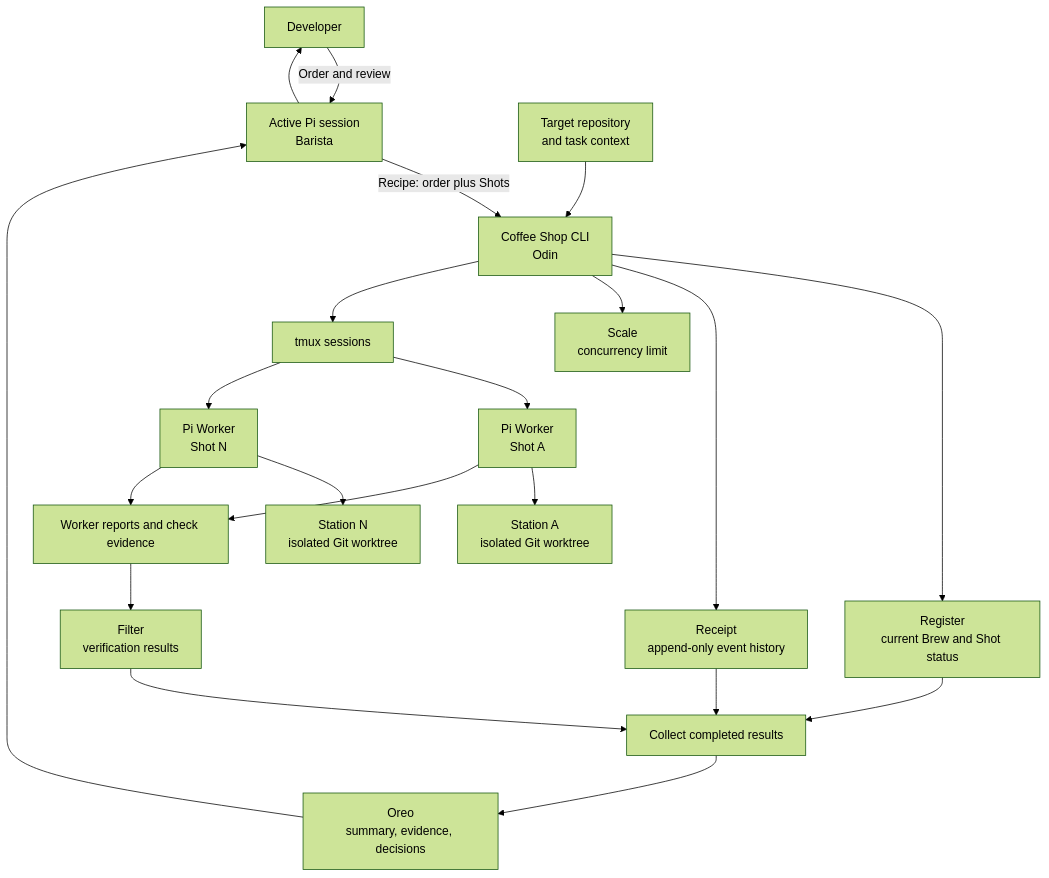
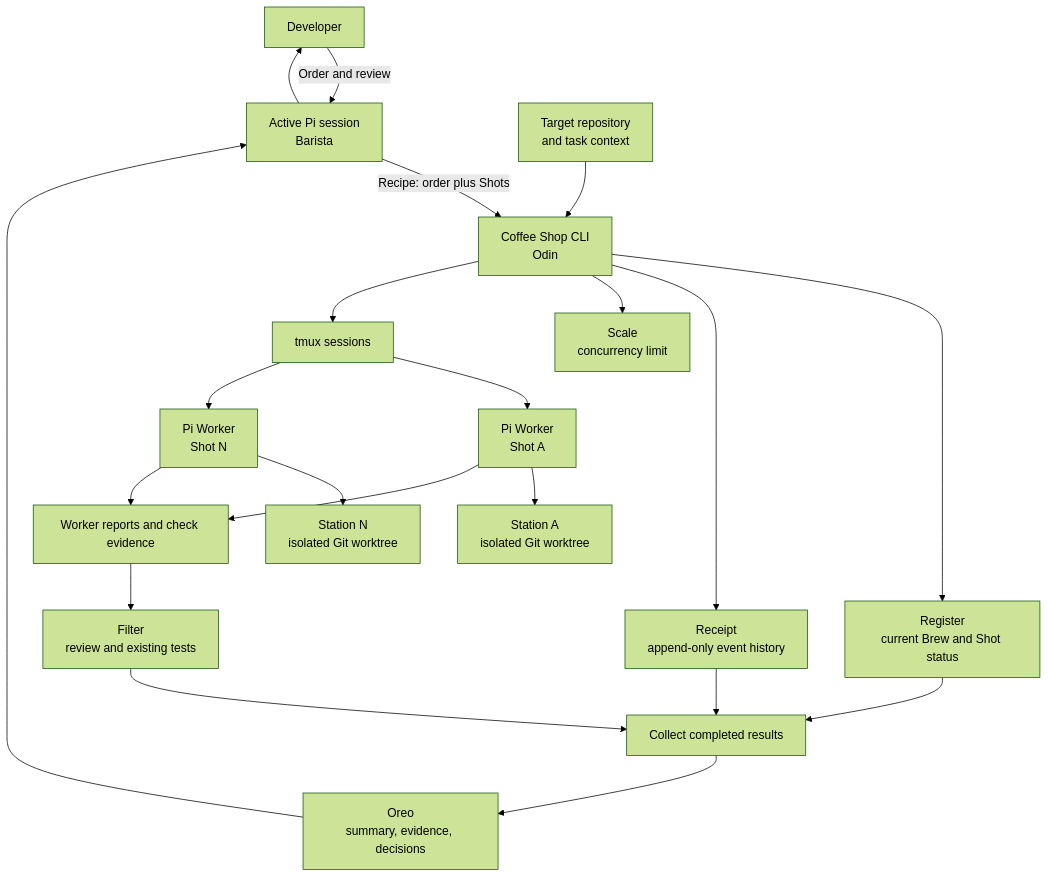
The diagram in docs/architecture.md (weima/coffee-shop), drawn with Mermaid (forest theme) before and after one commit. The commit also changed other lines of this file and 5 other files, not shown here.

````diff
--- a/docs/architecture.md
+++ b/docs/architecture.md
@@ -7,23 +7,23 @@
 ```mermaid
 flowchart TD
     Dev[Developer] -->|Order and review| Barista[Active Pi session<br/>Barista]
     Barista -->|Recipe: order plus Shots| CLI[Coffee Shop CLI<br/>Odin]
     Beans[Target repository<br/>and task context] --> CLI
     CLI --> Register[Register<br/>current Brew and Shot status]
     CLI --> Receipt[Receipt<br/>append-only event history]
     CLI --> Scale[Scale<br/>concurrency limit]
     CLI --> TMUX[tmux sessions]
     TMUX --> Worker1[Pi Worker<br/>Shot A]
     TMUX --> WorkerN[Pi Worker<br/>Shot N]
     Worker1 --> Station1[Station A<br/>isolated Git worktree]
     WorkerN --> StationN[Station N<br/>isolated Git worktree]
     Worker1 --> Results[Worker reports and check evidence]
     WorkerN --> Results
-    Results --> Filter[Filter<br/>verification results]
+    Results --> Filter[Filter<br/>review and existing tests]
     Register --> Collect[Collect completed results]
     Receipt --> Collect
     Filter --> Collect
     Collect --> Oreo[Oreo<br/>summary, evidence, decisions]
     Oreo --> Barista
     Barista --> Dev
 ```
````
